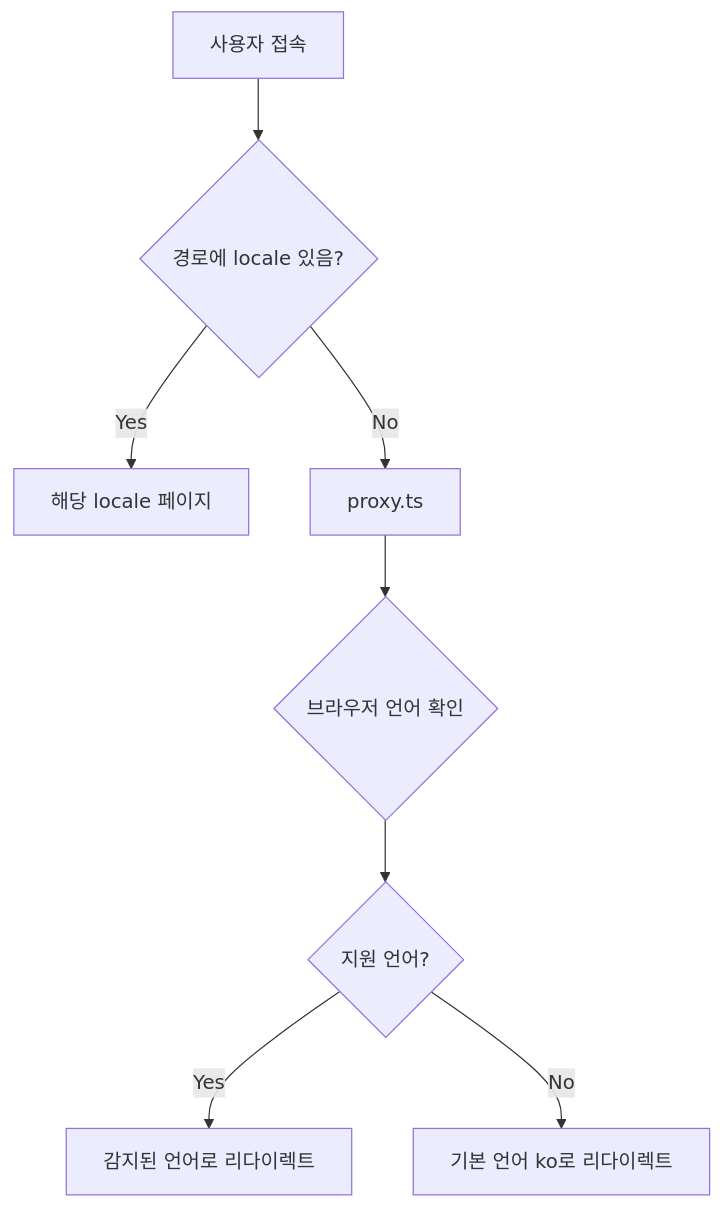
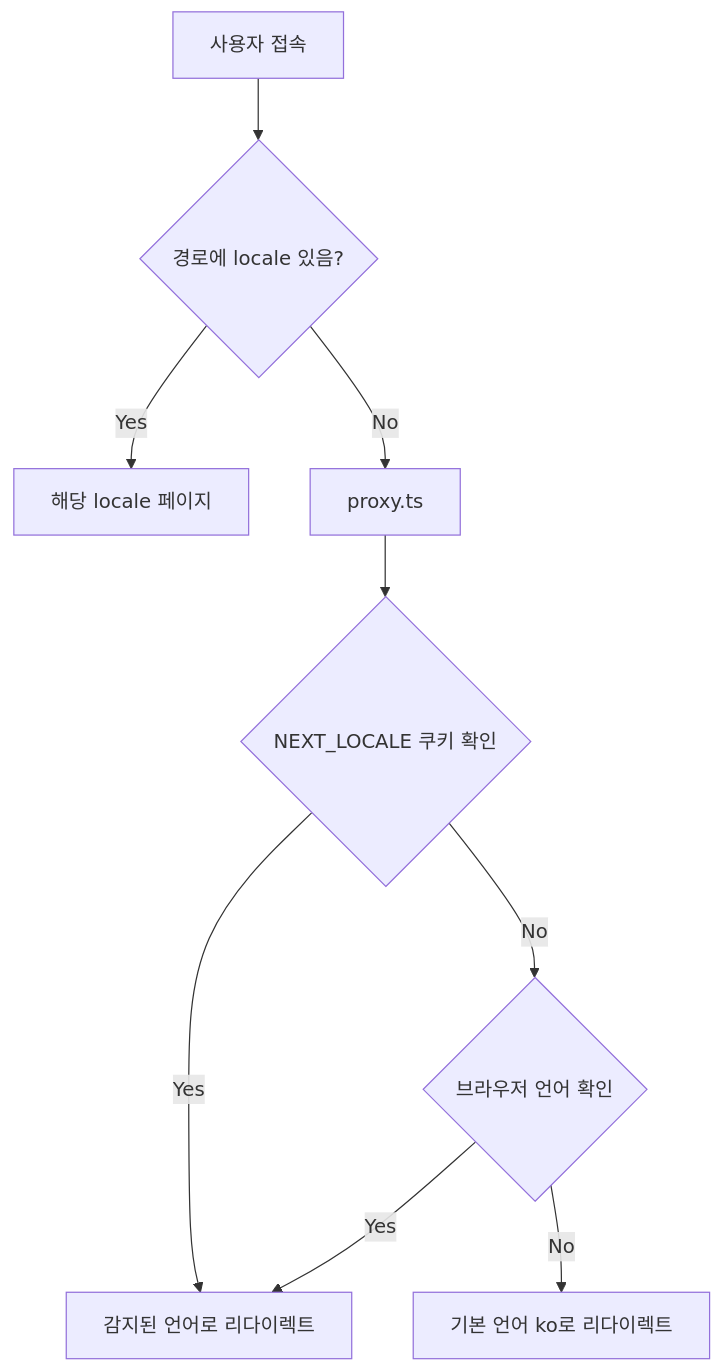
One commit to chan-ok/blog changed the second of 2 diagrams in docs/ARCHITECTURE.md. Above: the diagram before and after it, drawn with Mermaid. The commit also changed other lines of this file and 5 other files, not shown here.

````diff
--- a/docs/ARCHITECTURE.md
+++ b/docs/ARCHITECTURE.md
@@ -172,10 +172,11 @@
 ```mermaid
 graph TD
     A[사용자 접속] --> B{경로에 locale 있음?}
     B -->|Yes| C[해당 locale 페이지]
     B -->|No| D[proxy.ts]
-    D --> E{브라우저 언어 확인}
-    E --> F{지원 언어?}
+    D --> E{NEXT_LOCALE 쿠키 확인}
+    E -->|Yes| G[쿠키 언어로 리다이렉트]
+    E -->|No| F{브라우저 언어 확인}
     F -->|Yes| G[감지된 언어로 리다이렉트]
     F -->|No| H[기본 언어 ko로 리다이렉트]
 ```
````
